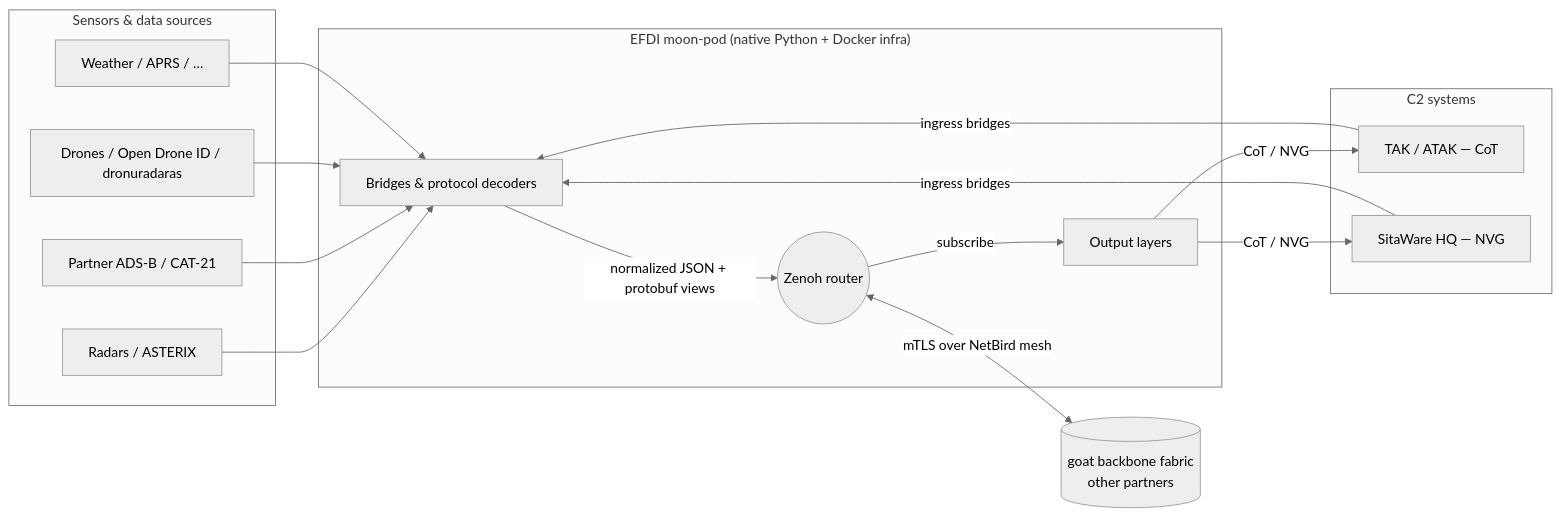
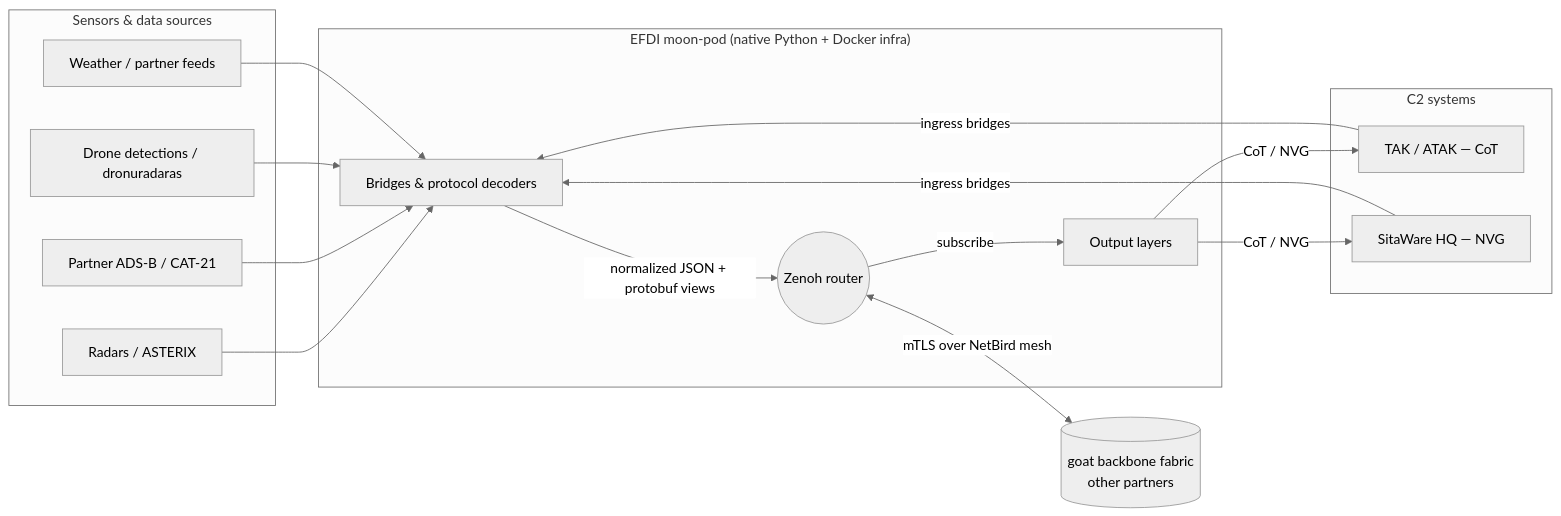
The first of 2 diagrams in docs/EXPLAINED.md (lk-risb/EFDI), drawn with Mermaid (neutral theme) before and after one commit. The commit also changed other lines of this file and 140 other files, not shown here.

````diff
--- a/docs/EXPLAINED.md
+++ b/docs/EXPLAINED.md
@@ -55,28 +55,28 @@
 ```mermaid
 flowchart LR
   subgraph Sources["Sensors & data sources"]
     R[Radars / ASTERIX]
     A[Partner ADS-B / CAT-21]
-    D[Drones / Open Drone ID / dronuradaras]
-    W[Weather / APRS / …]
+    D[Drone detections / dronuradaras]
+    W[Weather / partner feeds]
   end
 
   subgraph Pod["EFDI moon-pod (native Python + Docker infra)"]
     B[Bridges & protocol decoders]
     Z((Zenoh router))
     L[Output layers]
     B -->|normalized JSON + protobuf views| Z
     Z -->|subscribe| L
   end
 
   subgraph C2["C2 systems"]
     T[TAK / ATAK — CoT]
     S[SitaWare HQ — NVG]
   end
 
   R & A & D & W --> B
   L -->|CoT / NVG| T & S
   T & S -->|ingress bridges| B
 
   Z <-->|mTLS over NetBird mesh| BB[(goat backbone fabric<br/>other partners)]
 ```
````
